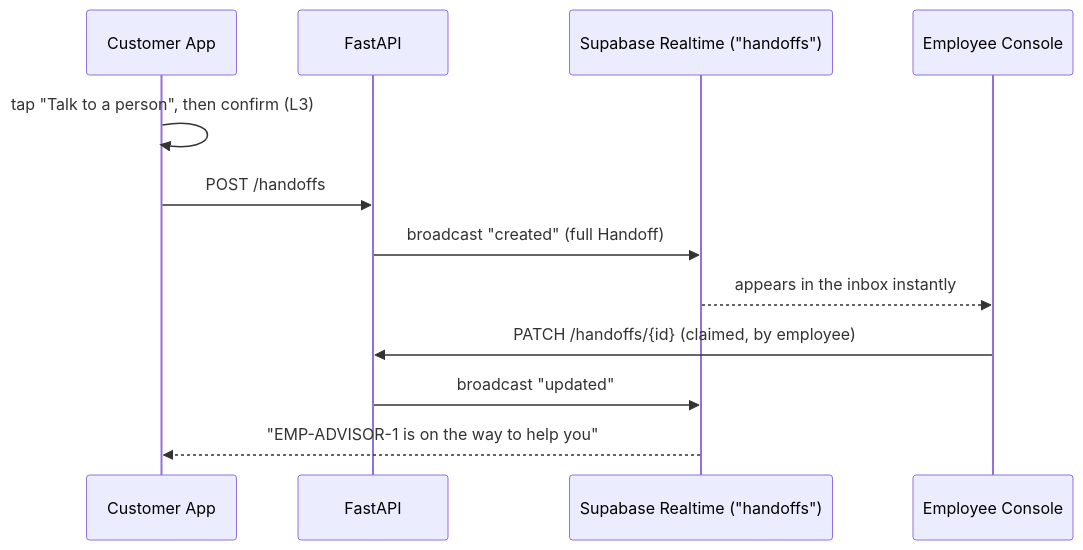
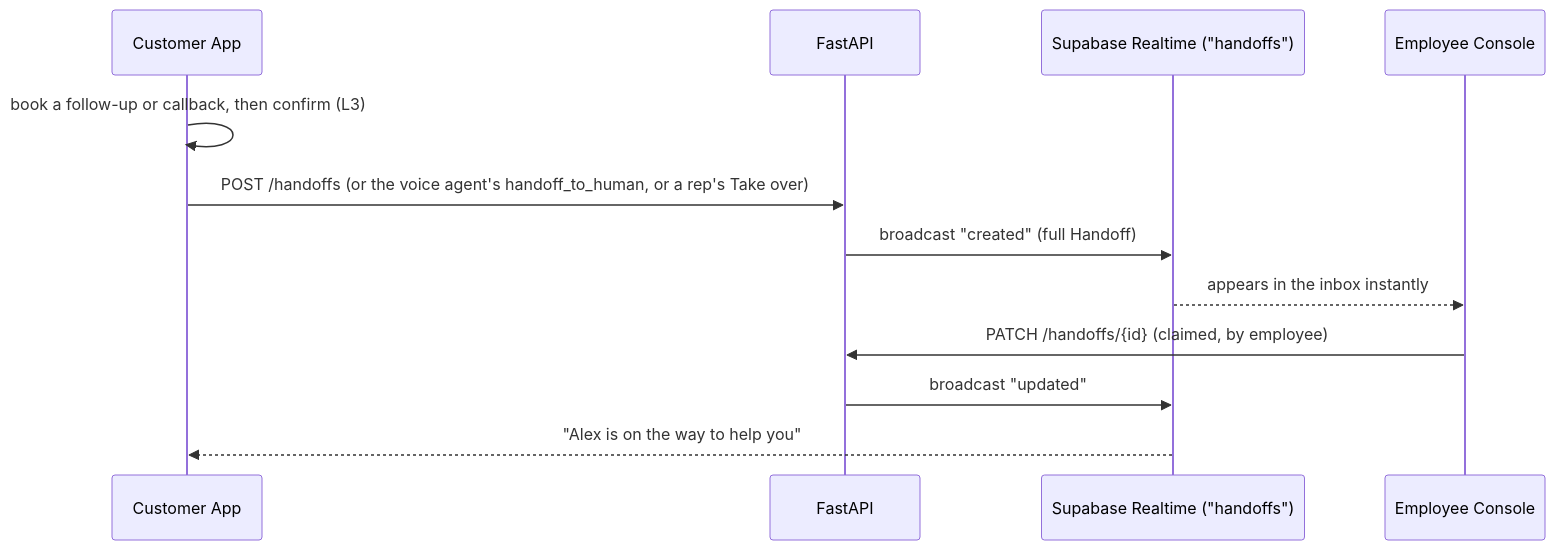
Before and after one commit to vishvacyber/toyota-nextmove: the fifth of 9 diagrams in README.md, drawn with Mermaid. The commit also changed other lines of this file and 2 other files, not shown here.

````diff
--- a/README.md
+++ b/README.md
@@ -241,15 +262,15 @@
 ```mermaid
 sequenceDiagram
   participant C as Customer App
   participant API as FastAPI
   participant RT as Supabase Realtime ("handoffs")
   participant E as Employee Console
 
-  C->>C: tap "Talk to a person", then confirm (L3)
-  C->>API: POST /handoffs
+  C->>C: book a follow-up or callback, then confirm (L3)
+  C->>API: POST /handoffs (or the voice agent's handoff_to_human, or a rep's Take over)
   API->>RT: broadcast "created" (full Handoff)
   RT-->>E: appears in the inbox instantly
   E->>API: PATCH /handoffs/{id} (claimed, by employee)
   API->>RT: broadcast "updated"
-  RT-->>C: "EMP-ADVISOR-1 is on the way to help you"
+  RT-->>C: "Alex is on the way to help you"
 ```
````
